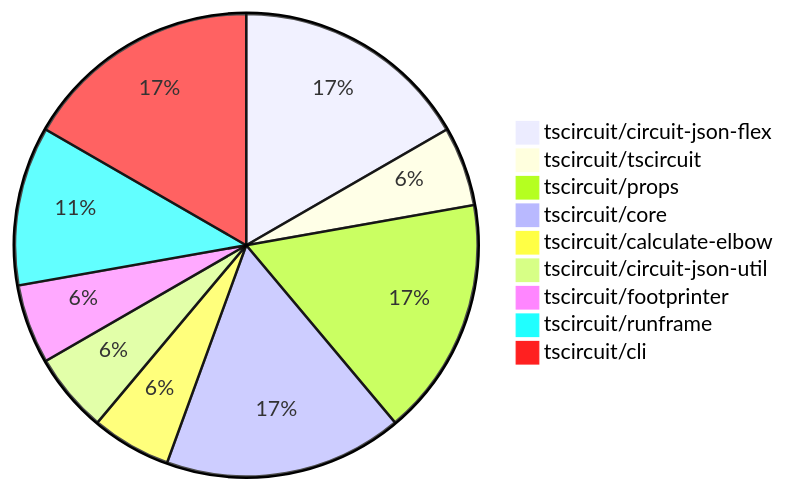
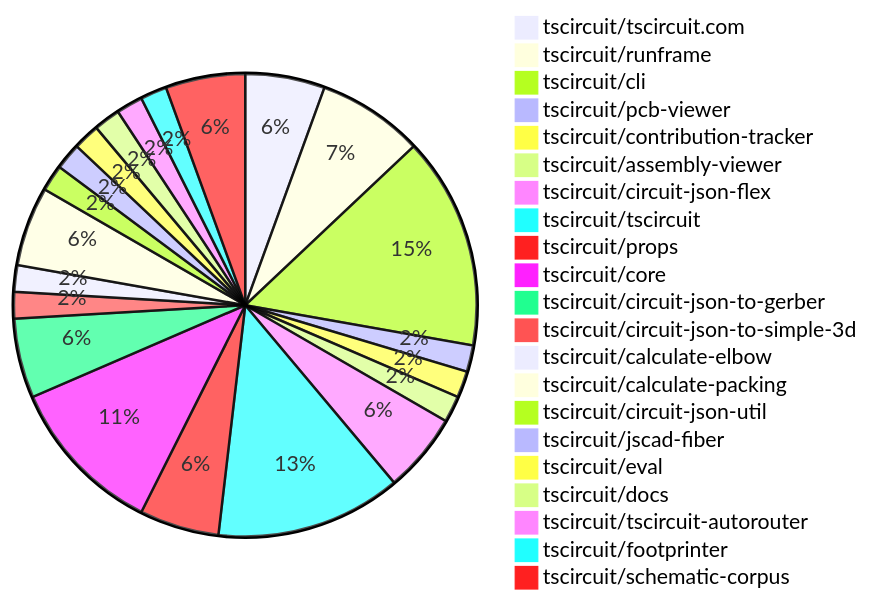
The first of 2 diagrams in contribution-overviews/2025-07-23.md (tscircuit/contribution-tracker), drawn with Mermaid before and after one commit. The commit also changed other lines of this file and 3 other files, not shown here.

````diff
--- a/contribution-overviews/2025-07-23.md
+++ b/contribution-overviews/2025-07-23.md
@@ -5,12 +5,24 @@
 ```mermaid
 pie
+    "tscircuit/tscircuit.com" : 3
+    "tscircuit/runframe" : 4
+    "tscircuit/cli" : 8
+    "tscircuit/pcb-viewer" : 1
+    "tscircuit/contribution-tracker" : 1
+    "tscircuit/assembly-viewer" : 1
     "tscircuit/circuit-json-flex" : 3
-    "tscircuit/tscircuit" : 1
+    "tscircuit/tscircuit" : 7
     "tscircuit/props" : 3
-    "tscircuit/core" : 3
+    "tscircuit/core" : 6
+    "tscircuit/circuit-json-to-gerber" : 3
+    "tscircuit/circuit-json-to-simple-3d" : 1
     "tscircuit/calculate-elbow" : 1
+    "tscircuit/calculate-packing" : 3
     "tscircuit/circuit-json-util" : 1
+    "tscircuit/jscad-fiber" : 1
+    "tscircuit/eval" : 1
+    "tscircuit/docs" : 1
+    "tscircuit/tscircuit-autorouter" : 1
     "tscircuit/footprinter" : 1
-    "tscircuit/runframe" : 2
-    "tscircuit/cli" : 3
+    "tscircuit/schematic-corpus" : 3
 ```
````
